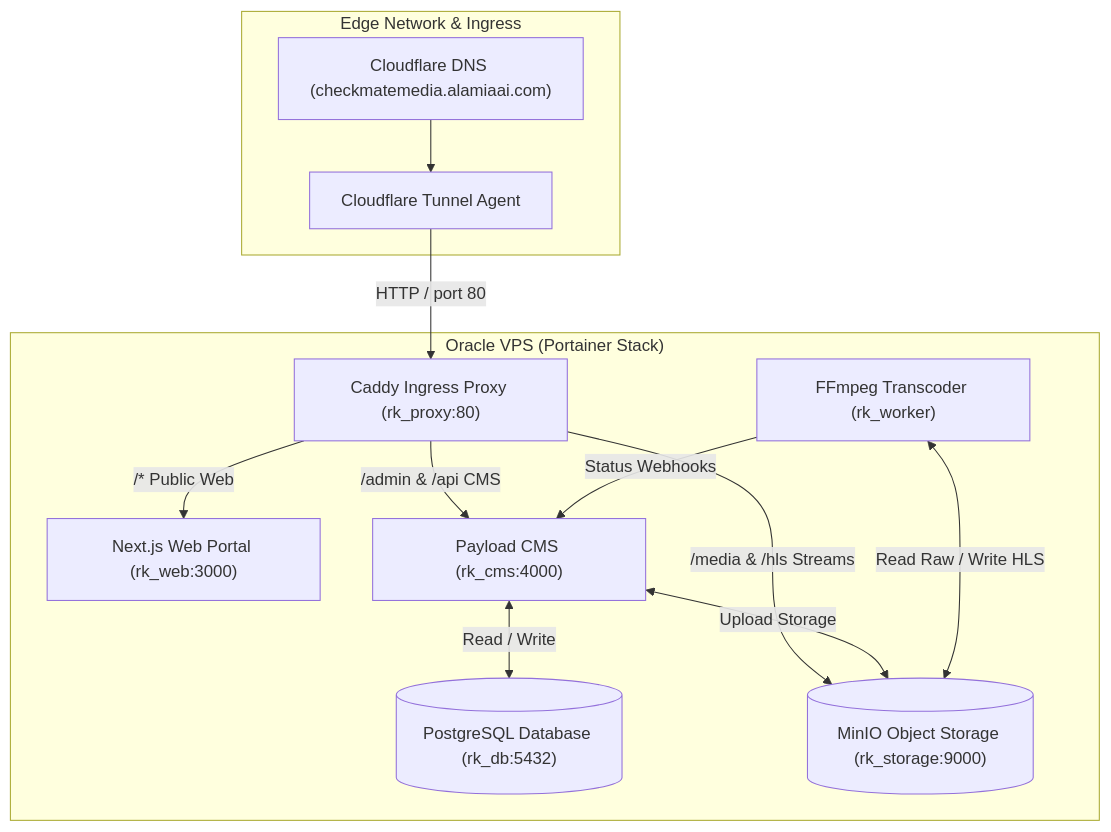
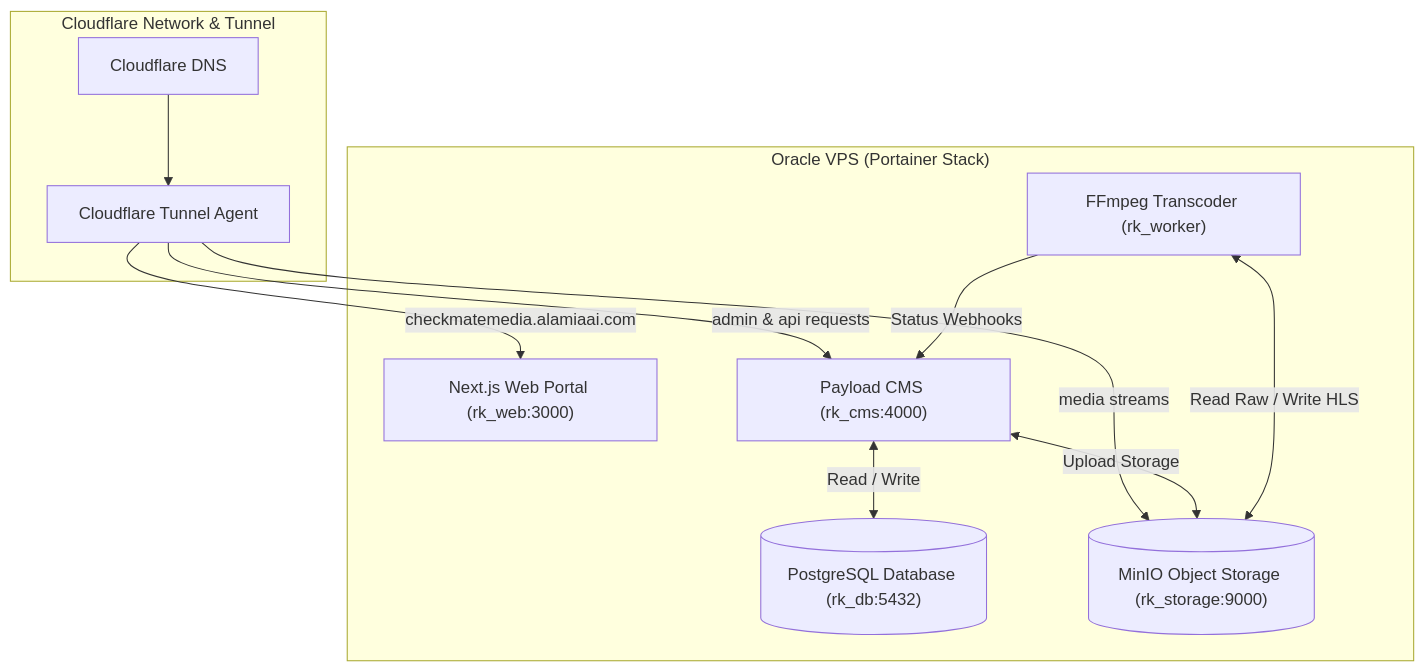
One commit to AlamiaSoft/alamia-ott-rk changed the diagram in .ai/permanent/architecture/01-system-architecture.md. Above: the diagram before and after it, drawn with Mermaid. The commit also changed other lines of this file, not shown here.

Commit message:
docs: simplify architecture by eliminating Caddy in favor of direct Cloudflare Tunnel container routing

````diff
--- a/.ai/permanent/architecture/01-system-architecture.md
+++ b/.ai/permanent/architecture/01-system-architecture.md
@@ -15,31 +15,27 @@
 ```mermaid
 graph TD
-    subgraph Edge["Edge Network & Ingress"]
-        CF_DNS["Cloudflare DNS (checkmatemedia.alamiaai.com)"]
+    subgraph Edge["Cloudflare Network & Tunnel"]
+        CF_DNS["Cloudflare DNS"]
         CF_TUNNEL["Cloudflare Tunnel Agent"]
     end
 
     subgraph Portainer_Stack["Oracle VPS (Portainer Stack)"]
-        PROXY["Caddy Ingress Proxy (rk_proxy:80)"]
         WEB["Next.js Web Portal (rk_web:3000)"]
         CMS["Payload CMS (rk_cms:4000)"]
         PG[("PostgreSQL Database (rk_db:5432)")]
         MINIO[("MinIO Object Storage (rk_storage:9000)")]
         WORKER["FFmpeg Transcoder (rk_worker)"]
     end
 
-    %% Ingress Flow
+    %% Ingress Direct Routing via CF Tunnel
     CF_DNS --> CF_TUNNEL
-    CF_TUNNEL -->|HTTP / port 80| PROXY
-
-    %% Reverse Proxy Routing
-    PROXY -->|/* Public Web| WEB
-    PROXY -->|/admin & /api CMS| CMS
-    PROXY -->|/media & /hls Streams| MINIO
+    CF_TUNNEL -->|checkmatemedia.alamiaai.com| WEB
+    CF_TUNNEL -->|admin & api requests| CMS
+    CF_TUNNEL -->|media streams| MINIO
 
     %% Internal Data & Storage Connections
     CMS <-->|Read / Write| PG
     CMS <-->|Upload Storage| MINIO
     WORKER <-->|Read Raw / Write HLS| MINIO
     WORKER -->|Status Webhooks| CMS
 ```
````
